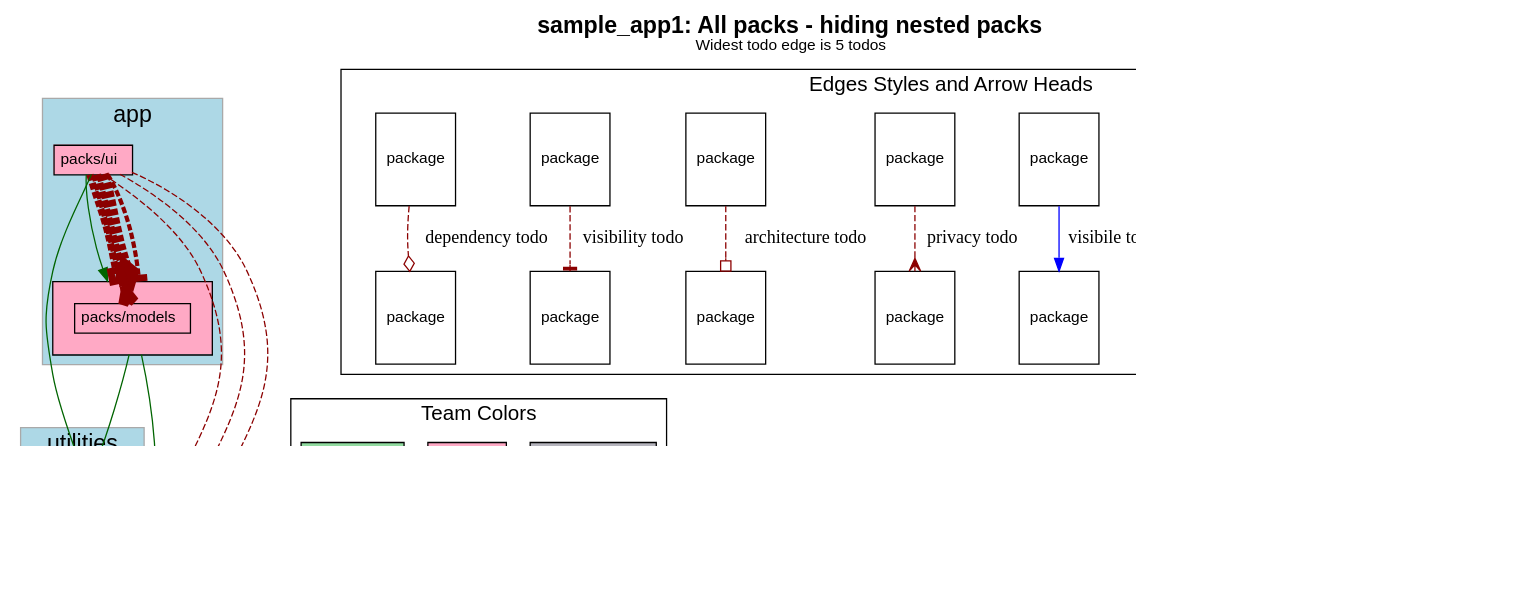
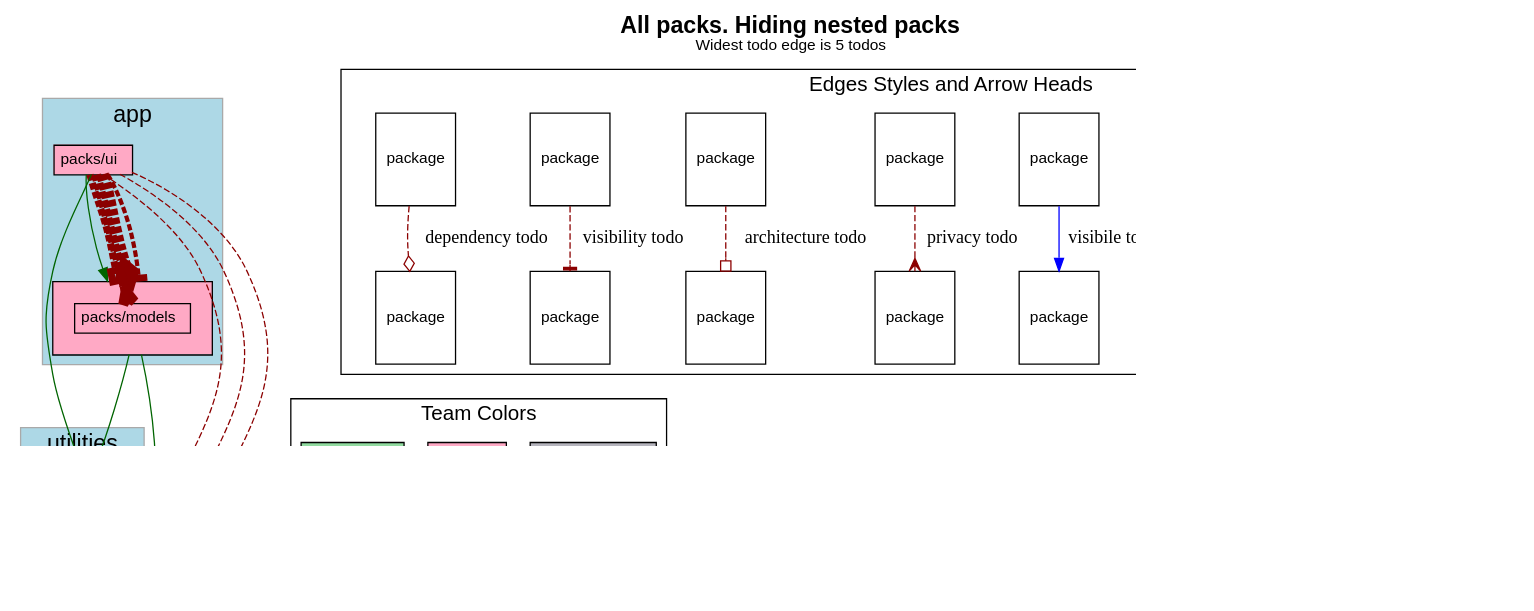
One commit to rubyatscale/visualize_packs changed the diagram in spec/sample_app1/test_output/roll_nested_into_parent_packs.dot. Above: the diagram before and after it, drawn with Graphviz. The commit also changed 21 other files, not shown here.

```diff
--- a/spec/sample_app1/test_output/roll_nested_into_parent_packs.dot
+++ b/spec/sample_app1/test_output/roll_nested_into_parent_packs.dot
@@ -1,198 +1,198 @@
 digraph package_diagram {
   rankdir=TD
   graph [
     labelloc="t"
     fontname="Helvetica,Arial,sans-serif"
     dpi=100
     layout=dot
-    label=<<b>sample_app1: All packs - hiding nested packs</b><br/><font point-size='12'>Widest todo edge is 5 todos</font>>
+    label=<<b>All packs. Hiding nested packs</b><br/><font point-size='12'>Widest todo edge is 5 todos</font>>
     fontsize=18
   ]
   node [
     fontname="Helvetica,Arial,sans-serif"
     fontsize=26.0
     fontcolor=black
     fillcolor=white
     color=black
     height=1.0
     style=filled
     shape=plain
   ]
     subgraph app {
       shape=box
       color=darkgrey
       fillcolor=lightblue
       style=filled
         label="app"
         cluster=true
         rank = 0        "packs/models" [
             fontsize=12.0
               URL="https://github.com/rubyatscale/visualize_packwerk/tree/main/spec/sample_app/packs/models"
 
               style=filled
               fillcolor="#FFA9C5"
             label= <
                 <table border='0' cellborder='1' cellspacing='0' cellpadding='16'><tr><td>
                   <table border='0' cellborder='1' cellspacing='0' cellpadding='4'>
                     <tr> <td port='private'> packs/models </td> </tr>
                   </table>
                 </td></tr></table>
               >
           ]
         
         "packs/ui" [
             fontsize=12.0
               URL="https://github.com/rubyatscale/visualize_packwerk/tree/main/spec/sample_app/packs/ui"
 
               style=filled
               fillcolor="#FFA9C5"
             label= <
                 <table border='0' cellborder='1' cellspacing='0' cellpadding='4'>
                   <tr> <td align='left'> packs/ui </td> </tr>
                 </table>
               >
           ]
         
     }
     subgraph utilities {
       shape=box
       color=darkgrey
       fillcolor=lightblue
       style=filled
         label="utilities"
         cluster=true
         rank = 1        "packs/utility" [
             fontsize=12.0
               URL="https://github.com/rubyatscale/visualize_packwerk/tree/main/spec/sample_app/packs/utility"
 
               style=filled
               fillcolor="#91DBA0"
             label= <
                 <table border='0' cellborder='1' cellspacing='0' cellpadding='4'>
                   <tr> <td align='left'> packs/utility </td> </tr>
                 </table>
               >
           ]
         
     }
               "packs/models" -> "packs/utility" [ style=invis ]
               "packs/ui" -> "packs/utility" [ style=invis ]
     subgraph NotInLayer {
       shape=box
       color=darkgrey
       fillcolor=lightblue
       style=filled
         cluster=false
         "." [
             fontsize=12.0
               URL="https://github.com/rubyatscale/visualize_packwerk/tree/main/spec/sample_app/"
 
               style=filled
               fillcolor="#B5B4BD"
             label= <
                 <table border='0' cellborder='1' cellspacing='0' cellpadding='4'>
                   <tr> <td align='left'> . </td> </tr>
                 </table>
               >
           ]
         
     }
               "packs/utility" -> "." [ style=invis ]
           "packs/models" -> "packs/utility" [ color=darkgreen ]
           "packs/models" -> "." [ color=darkgreen ]
           "packs/ui" -> "packs/models" [ color=darkgreen ]
           "packs/ui" -> "packs/utility" [ color=darkgreen ]
             "packs/ui" -> "." [
                 constraint=false
               # headlabel="dependency"
 color=darkred style=dashed arrowhead=odiamond
               penwidth=1.0            ]
             "packs/ui" -> "." [
                 constraint=false
               # headlabel="architecture"
 color=darkred style=dashed arrowhead=obox
               penwidth=1.0            ]
             "packs/ui" -> "." [
                 constraint=false
               # headlabel="visibility"
 color=darkred style=dashed arrowhead=tee
               penwidth=1.0            ]
             "packs/ui" -> "packs/models" [
                 constraint=false
               # headlabel="dependency"
 color=darkred style=dashed arrowhead=odiamond
               penwidth=10.0            ]
             "packs/ui" -> "packs/models":private [
                 constraint=false
               # headlabel="privacy"
 color=darkred style=dashed arrowhead=crow
               penwidth=7.75            ]
             "packs/ui" -> "packs/models" [
                 constraint=false
               # headlabel="architecture"
 color=darkred style=dashed arrowhead=obox
               penwidth=5.5            ]
             "packs/ui" -> "packs/models" [
                 constraint=false
               # headlabel="visibility"
 color=darkred style=dashed arrowhead=tee
               penwidth=3.25            ]
     subgraph cluster_legend {
       fontsize=16
       label="Edges Styles and Arrow Heads"
       A [ fontsize=12 shape=box label="package"]
       B [ fontsize=12 shape=box label="package"]
       A -> B [label="accepted dependency" color=darkgreen]
       K [ fontsize=12 shape=box label="package"]
       L [ fontsize=12 shape=box label="package"]
       K -> L [label="nested package" color=purple]
       M [ fontsize=12 shape=box label="package"]
       N [ fontsize=12 shape=box label="package"]
       M -> N [label="visibile to" color=blue]
       C [ fontsize=12 shape=box label="package"]
       D [ fontsize=12 shape=box label="package"]
       C -> D [label="privacy todo" color=darkred style=dashed arrowhead=crow]
       E [ fontsize=12 shape=box label="package"]
       F [ fontsize=12 shape=box label="package"]
       E -> F [label="architecture todo" color=darkred style=dashed arrowhead=obox]
       G [ fontsize=12 shape=box label="package"]
       H [ fontsize=12 shape=box label="package"]
       G -> H [label="visibility todo" color=darkred style=dashed arrowhead=tee]
       I [ fontsize=12 shape=box label="package"]
       J [ fontsize=12 shape=box label="package"]
       I -> J [label="dependency todo" color=darkred style=dashed arrowhead=odiamond]
       LEGEND_NODE_1 [ label="" peripheries=0 height=0 width=0 style=invis ]
       LEGEND_NODE_2 [ label="" peripheries=0 height=0 width=0 style=invis ]
       LEGEND_NODE_1 -> LEGEND_NODE_2 [ style=invis ]
     }
   subgraph cluster_teams_legend {
     fontsize=16
     label="Team Colors"
 
       "ProdInfra TeamProdInfra Team" [
         label="ProdInfra Team"
         style=filled
         fillcolor="#B5B4BD"
         fontsize=12
         shape=box
       ]
 
       "UI TeamUI Team" [
         label="UI Team"
         style=filled
         fillcolor="#FFA9C5"
         fontsize=12
         shape=box
       ]
 
       "Utility TeamUtility Team" [
         label="Utility Team"
         style=filled
         fillcolor="#91DBA0"
         fontsize=12
         shape=box
       ]
 
   }
     LEGEND_NODE_2 -> "Utility TeamUtility Team" [style=invis]
 }
```
